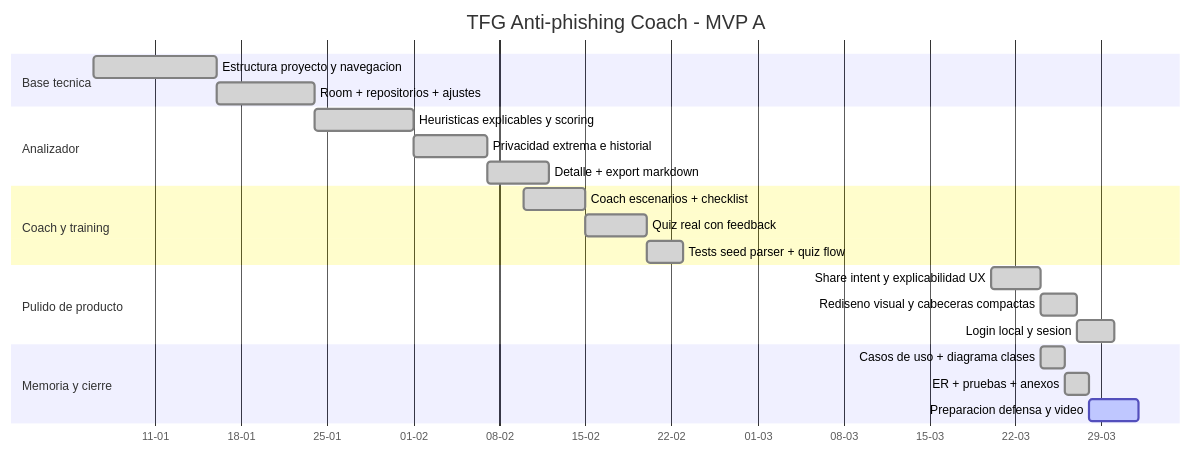
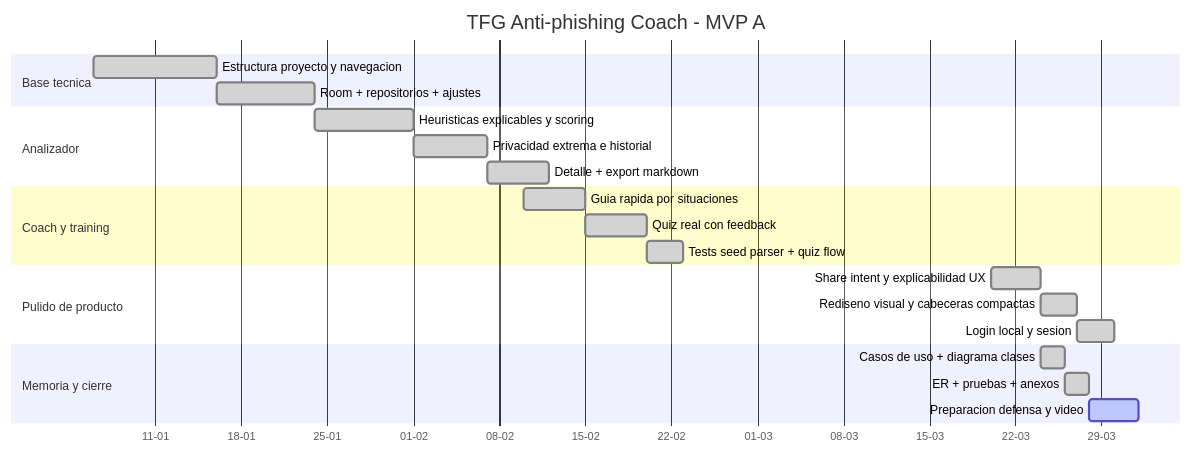
Before and after one commit to estefaniajm94/Proyecto-final: the diagram in docs/Planificacion_Gantt.md, drawn with Mermaid. The commit also changed other lines of this file and 21 other files, not shown here.

Commit message:
Improve scenario guide flow and sync docs

````diff
--- a/docs/Planificacion_Gantt.md
+++ b/docs/Planificacion_Gantt.md
@@ -15,30 +15,30 @@
 ```mermaid
 gantt
     title TFG Anti-phishing Coach - MVP A
     dateFormat  YYYY-MM-DD
     axisFormat  %d-%m
 
     section Base tecnica
     Estructura proyecto y navegacion      :done,    a1, 2026-01-06, 10d
     Room + repositorios + ajustes         :done,    a2, after a1, 8d
 
     section Analizador
     Heuristicas explicables y scoring     :done,    b1, 2026-01-24, 8d
     Privacidad extrema e historial        :done,    b2, after b1, 6d
     Detalle + export markdown             :done,    b3, after b2, 5d
 
     section Coach y training
-    Coach escenarios + checklist          :done,    c1, 2026-02-10, 5d
+    Guia rapida por situaciones           :done,    c1, 2026-02-10, 5d
     Quiz real con feedback                :done,    c2, after c1, 5d
     Tests seed parser + quiz flow         :done,    c3, after c2, 3d
 
     section Pulido de producto
     Share intent y explicabilidad UX      :done,    d1, 2026-03-20, 4d
     Rediseno visual y cabeceras compactas :done,    d2, after d1, 3d
     Login local y sesion                  :done,    d3, after d2, 3d
 
     section Memoria y cierre
     Casos de uso + diagrama clases        :done,    e1, 2026-03-24, 2d
     ER + pruebas + anexos                 :done,    e2, after e1, 2d
     Preparacion defensa y video           :active,  e3, after e2, 4d
 ```
````
